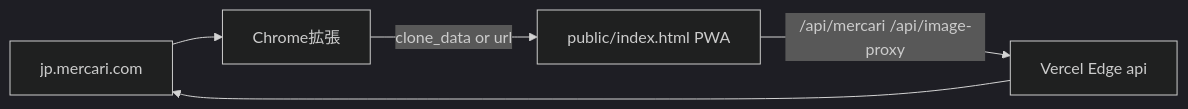
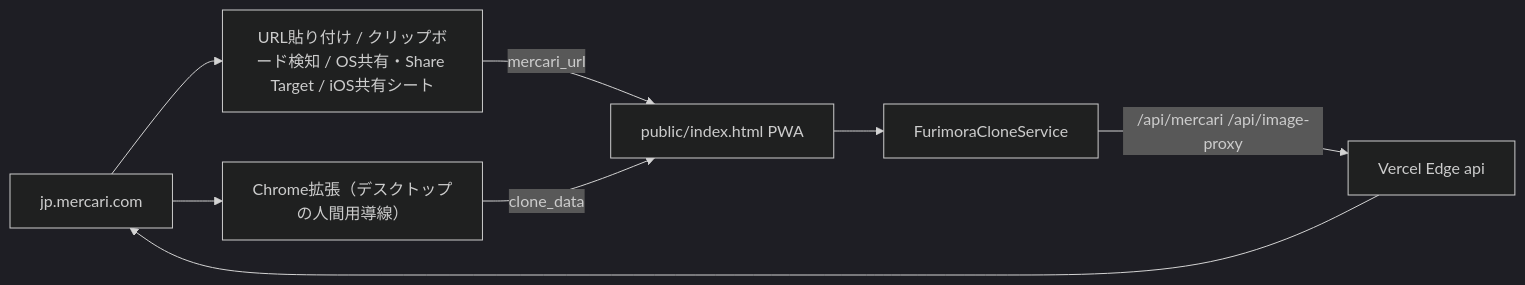
The diagram in docs/REPOSITORY.md (comodoidea-lab/furimora), drawn with Mermaid (dark theme) before and after one commit. The commit also changed other lines of this file and 2 other files, not shown here.

Commit message:
refactor(clone): 取得処理を FurimoraCloneService へ分離し MCP 用の内部APIを公開
クローンデータの取得を UI から切り離した。動作は変更していない
（全導線で Step2 の充足項目は 10/10 のまま）。

- FurimoraCloneService: DOM に触れない共通層。URL貼り付け / クリップボード検知 /
  Share Target / iOS共有シート / 旧拡張の clone_data が全てここへ着地する
- window.furimora.api: MCP サーバー / ローカルエージェント用のディスパッチャ。
  mercari.getItem / createCloneData / enrichCloneData / extractUrl。
  例外は全て {ok:false, code, message} に畳んで返す
- 既存の fetchCloneData 等は薄いラッパーとして残し、他の呼び出し箇所は無改修
- 旧 Chrome 拡張の ?clone_data= は decodeLegacyCloneData で後方互換を維持

Chrome 拡張は廃止せず、デスクトップの人間用導線として残す方針に変更した
（人間=拡張 / エージェント=MCP の役割分担）。実測 5 商品で拡張と本体の
データ同等性を確認済み。残る差分はカテゴリ階層が 1 段浅いことがある点のみ。

````diff
--- a/docs/REPOSITORY.md
+++ b/docs/REPOSITORY.md
@@ -9,11 +9,16 @@
 ```mermaid
 flowchart LR
   Mercari[jp.mercari.com]
-  Ext[Chrome拡張]
+  Entry["URL貼り付け / クリップボード検知 / OS共有・Share Target / iOS共有シート"]
   Web[public/index.html PWA]
+  Svc[FurimoraCloneService]
   API[Vercel Edge api]
+  Ext["Chrome拡張（デスクトップの人間用導線）"]
+  Mercari --> Entry
   Mercari --> Ext
-  Ext -->|clone_data or url| Web
-  Web -->|/api/mercari /api/image-proxy| API
+  Entry -->|mercari_url| Web
+  Ext -->|clone_data| Web
+  Web --> Svc
+  Svc -->|/api/mercari /api/image-proxy| API
   API --> Mercari
 ```
````
